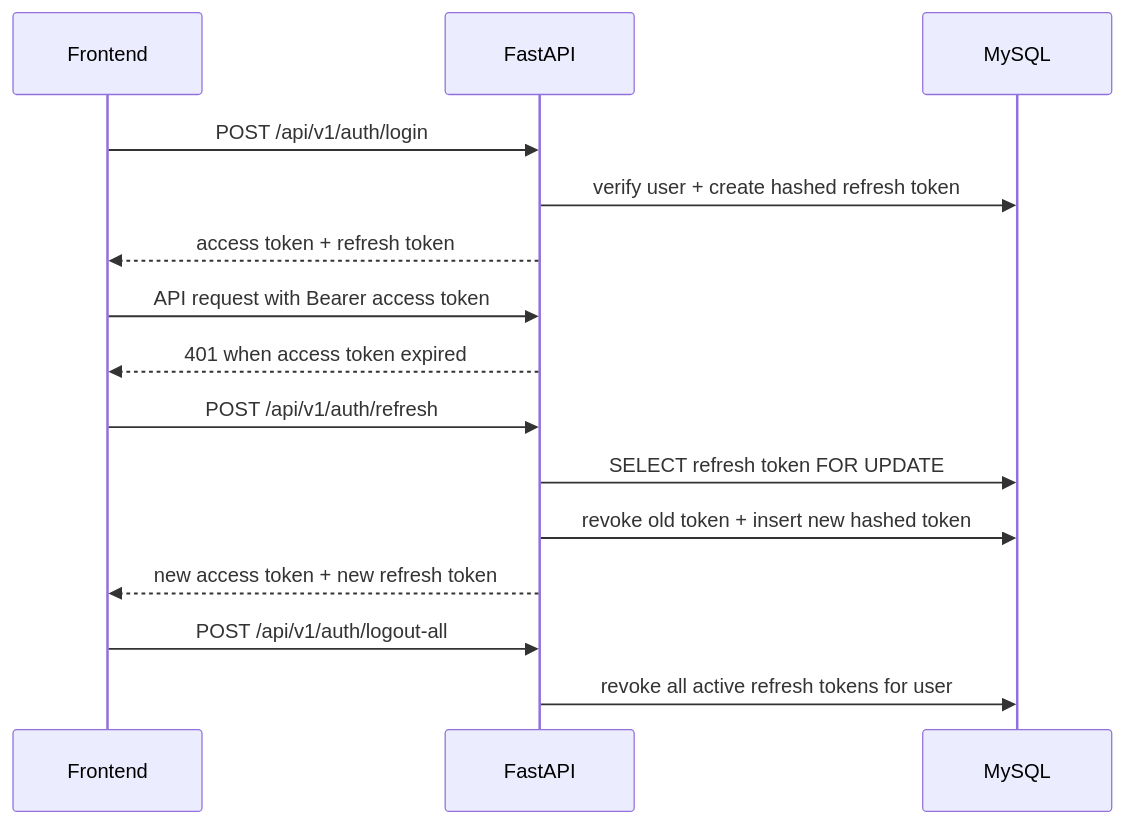
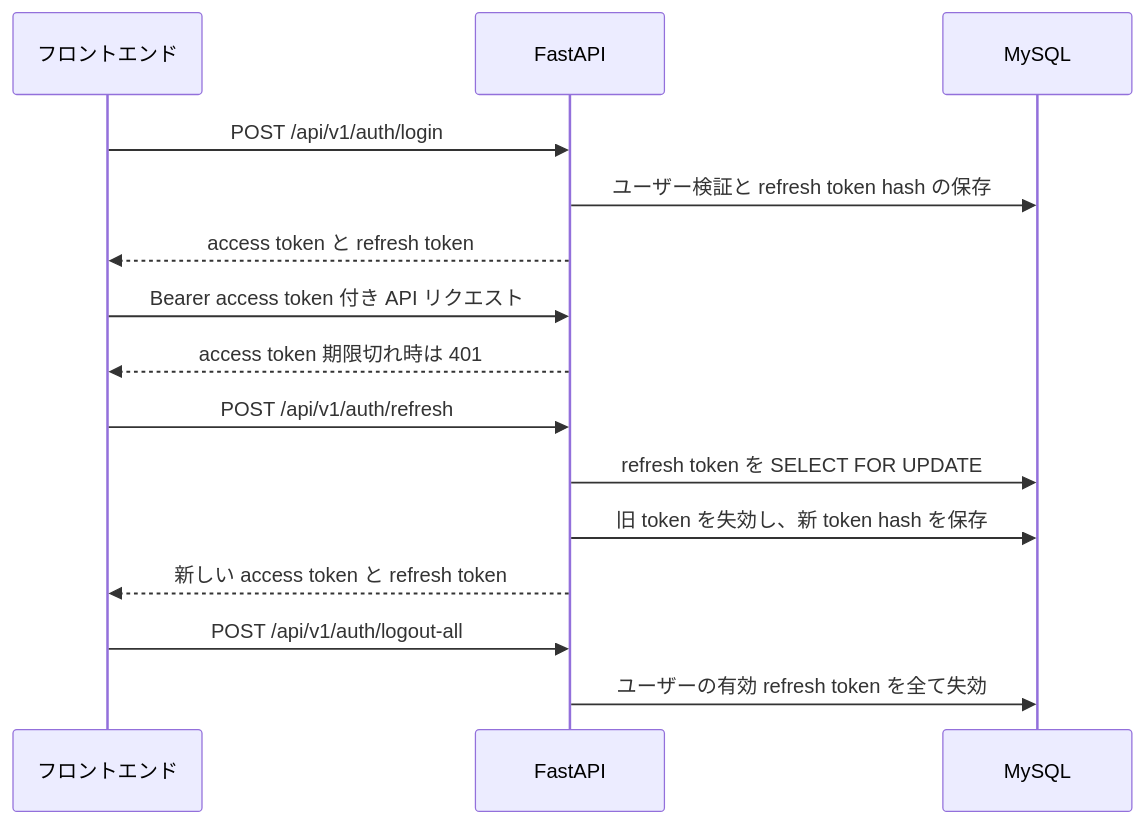
The second of 3 diagrams in README.md (Ren-Tianming/Audio_Analysis_Service), drawn with Mermaid before and after one commit. The commit also changed other lines of this file and 16 other files, not shown here.

````diff
--- a/README.md
+++ b/README.md
@@ -37,17 +126,17 @@
 ```mermaid
 sequenceDiagram
-  participant UI as Frontend
+  participant UI as フロントエンド
   participant API as FastAPI
   participant DB as MySQL
   UI->>API: POST /api/v1/auth/login
-  API->>DB: verify user + create hashed refresh token
-  API-->>UI: access token + refresh token
-  UI->>API: API request with Bearer access token
-  API-->>UI: 401 when access token expired
+  API->>DB: ユーザー検証と refresh token hash の保存
+  API-->>UI: access token と refresh token
+  UI->>API: Bearer access token 付き API リクエスト
+  API-->>UI: access token 期限切れ時は 401
   UI->>API: POST /api/v1/auth/refresh
-  API->>DB: SELECT refresh token FOR UPDATE
-  API->>DB: revoke old token + insert new hashed token
-  API-->>UI: new access token + new refresh token
+  API->>DB: refresh token を SELECT FOR UPDATE
+  API->>DB: 旧 token を失効し、新 token hash を保存
+  API-->>UI: 新しい access token と refresh token
   UI->>API: POST /api/v1/auth/logout-all
-  API->>DB: revoke all active refresh tokens for user
+  API->>DB: ユーザーの有効 refresh token を全て失効
 ```
````
